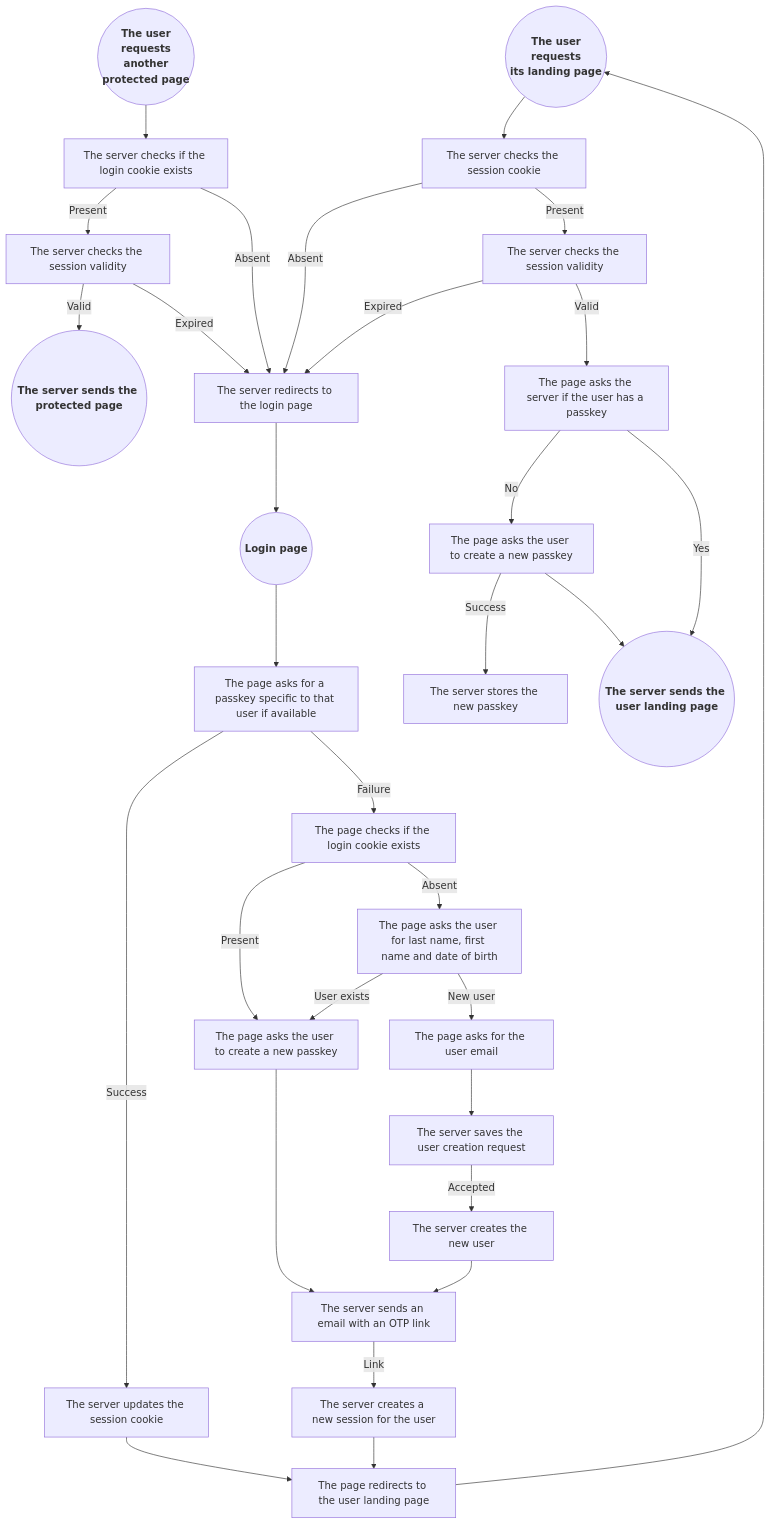
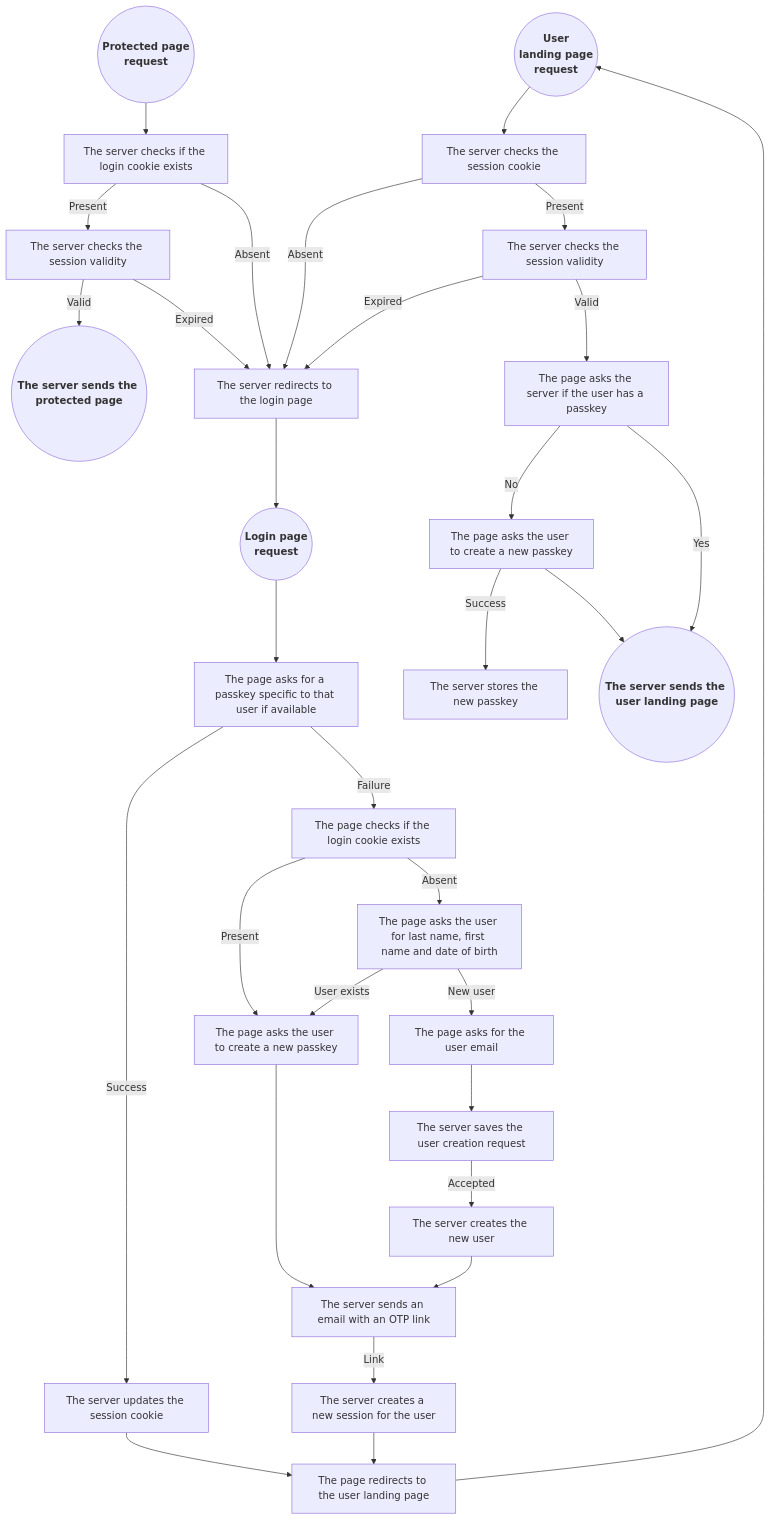
The diagram in README.md (programingjd/tiered_server), drawn with Mermaid before and after one commit.

````diff
--- a/README.md
+++ b/README.md
@@ -123,40 +123,40 @@
 ```mermaid
 graph TD;
-  UserLandingPageRequest(("<b>The user<br>requests<br>its landing page</b>"))
-  ProtectedPageRequest(("<b>The user<br>requests<br>another<br>protected page</b>"))
-  LoginPageRequest(("<b>Login page</b>"))
+  UserLandingPageRequest(("<b>User<br>landing page<br>request</b>"))
+  ProtectedPageRequest(("<b>Protected page<br>request</b>"))
+  LoginPageRequest(("<b>Login page<br>request</b>"))
   
   ProtectedPageRequest-->QueryCookie1[The server checks if the login cookie exists]
   QueryCookie1-->|Present|CheckSessionValidity1[The server checks the session validity]
   QueryCookie1-->|Absent|LoginPageRedirect[The server redirects to the login page]
   CheckSessionValidity1-->|Valid|ProtectedPageResponse(("<b>The server sends the protected page<b>"))
   CheckSessionValidity1-->|Expired|LoginPageRedirect
 
   UserLandingPageRequest-->QueryCookie2[The server checks the session cookie]
   QueryCookie2-->|Absent|LoginPageRedirect
   QueryCookie2-->|Present|CheckSessionValidity2[The server checks the session validity]
   CheckSessionValidity2-->|Expired|LoginPageRedirect
   CheckSessionValidity2-->|Valid|QueryExistingPasskey2[The page asks the server if the user has a passkey]
   QueryExistingPasskey2-->|No|NewPasskeyPrompt2[The page asks the user to create a new passkey]
   QueryExistingPasskey2-->|Yes|UserLandingPageResponse(("<b>The server sends the user landing page<b>"))
   NewPasskeyPrompt2-->|Success|NewPasskeyStore2[The server stores the new passkey]
   NewPasskeyPrompt2-->UserLandingPageResponse
 
   LoginPageRequest-->QueryPasskey[The page asks for a passkey specific to that user if available]
   QueryPasskey-->|Success|SessionCookieUpdate[The server updates the session cookie]
   SessionCookieUpdate-->UserLandingPageRedirect[The page redirects to the user landing page]
   QueryPasskey-->|Failure|QueryCookie3[The page checks if the login cookie exists]
   QueryCookie3-->|Present|NewPasskeyPrompt3[The page asks the user to create a new passkey]
   QueryCookie3-->|Absent|UserForm[The page asks the user for last name, first name and date of birth]
   UserForm-->|User exists|NewPasskeyPrompt3
   NewPasskeyPrompt3-->EmailOTP[The server sends an email with an OTP link]
   EmailOTP-->|Link|NewSession[The server creates a new session for the user]
   NewSession-->UserLandingPageRedirect
   UserForm-->|New user|NewUser[The page asks for the user email]
   NewUser-->UserModeration[The server saves the user creation request]
   UserModeration-->|Accepted|UserCreation[The server creates the new user]
   UserCreation-->EmailOTP
   
   UserLandingPageRedirect-->UserLandingPageRequest
   LoginPageRedirect-->LoginPageRequest
 ```
````
